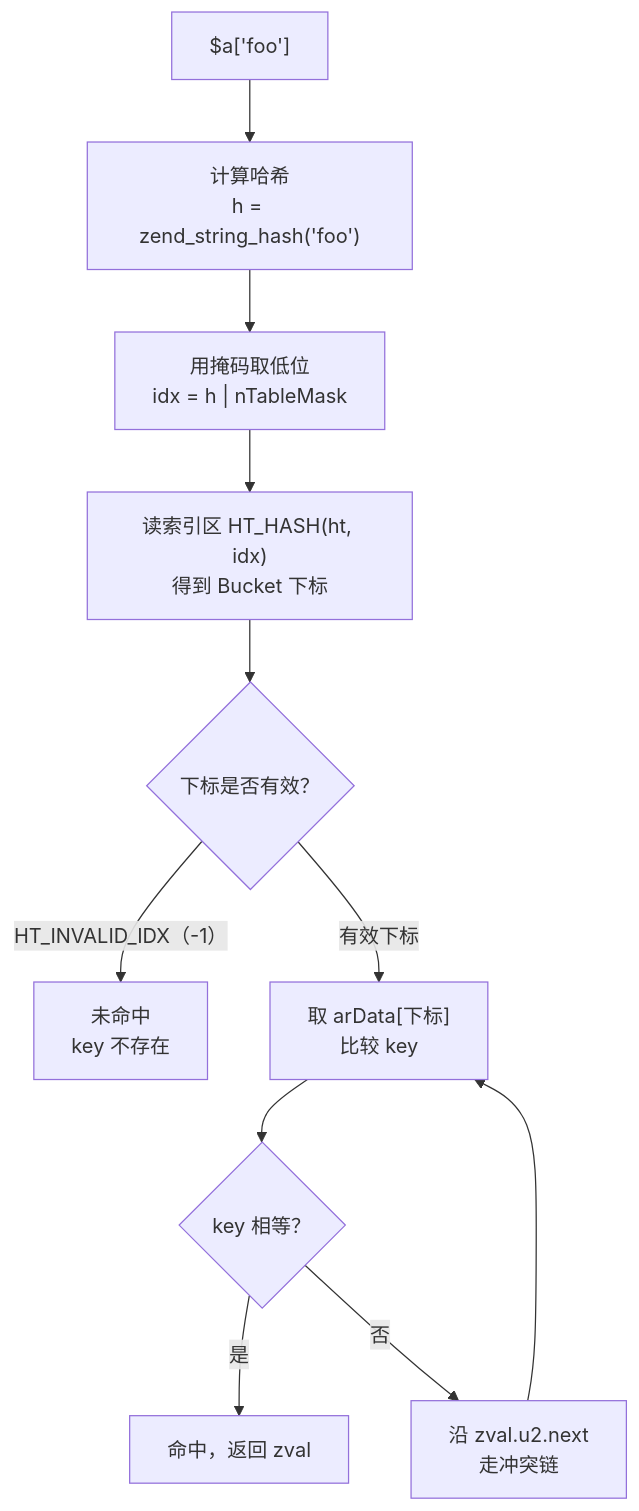
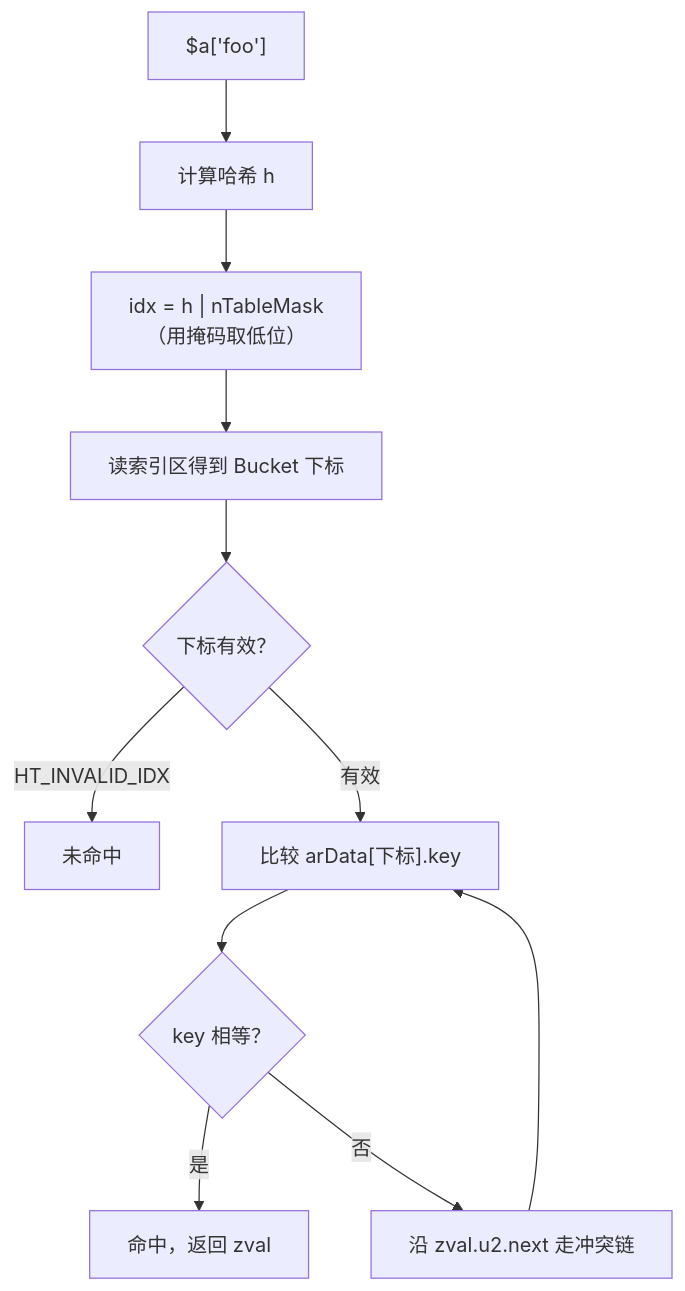
The diagram in php-senior-interview-answers.md (clifflyu/learn), drawn with Mermaid before and after one commit. The commit also changed other lines of this file, not shown here.

````diff
--- a/php-senior-interview-answers.md
+++ b/php-senior-interview-answers.md
@@ -89,13 +47,13 @@
 ```mermaid
 flowchart TD
-    A["$a['foo']"] --> B["计算哈希<br/>h = zend_string_hash('foo')"]
-    B --> C["用掩码取低位<br/>idx = h | nTableMask"]
-    C --> D["读索引区 HT_HASH(ht, idx)<br/>得到 Bucket 下标"]
-    D --> E{"下标是否有效？"}
-    E -->|"HT_INVALID_IDX（-1）"| F["未命中<br/>key 不存在"]
-    E -->|"有效下标"| G["取 arData[下标]<br/>比较 key"]
+    A["$a['foo']"] --> B["计算哈希 h"]
+    B --> C["idx = h | nTableMask<br/>（用掩码取低位）"]
+    C --> D["读索引区得到 Bucket 下标"]
+    D --> E{"下标有效？"}
+    E -->|"HT_INVALID_IDX"| F["未命中"]
+    E -->|"有效"| G["比较 arData[下标].key"]
     G --> H{"key 相等？"}
     H -->|是| I["命中，返回 zval"]
-    H -->|否| J["沿 zval.u2.next<br/>走冲突链"]
+    H -->|否| J["沿 zval.u2.next 走冲突链"]
     J --> G
 ```
````
